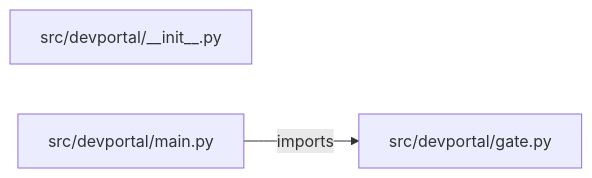
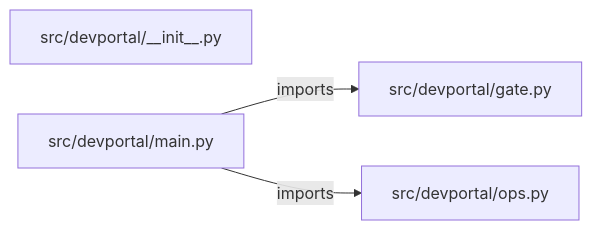
One commit to iarsingh/developer-self-service-portal changed the diagram in PROJECT_ARCHITECTURE.md. Above: the diagram before and after it, drawn with Mermaid. The commit also changed other lines of this file and 2 other files, not shown here.

Commit message:
Refresh architecture and interview guides from current implementation

````diff
--- a/PROJECT_ARCHITECTURE.md
+++ b/PROJECT_ARCHITECTURE.md
@@ -13,7 +13,9 @@
 ```mermaid
 flowchart LR
     M0["src/devportal/__init__.py"]
     M1["src/devportal/gate.py"]
     M2["src/devportal/main.py"]
+    M3["src/devportal/ops.py"]
     M2 -->|imports| M1
+    M2 -->|imports| M3
 ```
````
